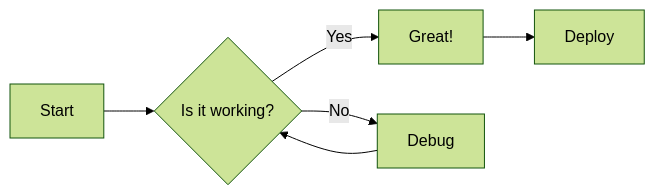
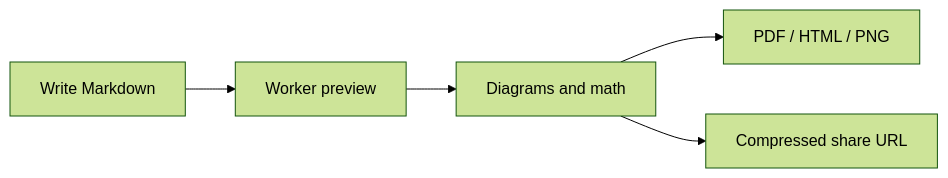
The diagram in public/sample.md (tianrking/Marcato), drawn with Mermaid (forest theme) before and after one commit. The commit also changed other lines of this file and 15 other files, not shown here.

````diff
--- a/public/sample.md
+++ b/public/sample.md
@@ -44,8 +14,7 @@
 ```mermaid
 flowchart LR
-    A[Start] --> B{Is it working?}
-    B -->|Yes| C[Great!]
-    B -->|No| D[Debug]
-    C --> E[Deploy]
-    D --> B
+  write[Write Markdown] --> render[Worker preview]
+  render --> enrich[Diagrams and math]
+  enrich --> export[PDF / HTML / PNG]
+  enrich --> share[Compressed share URL]
 ```
````
